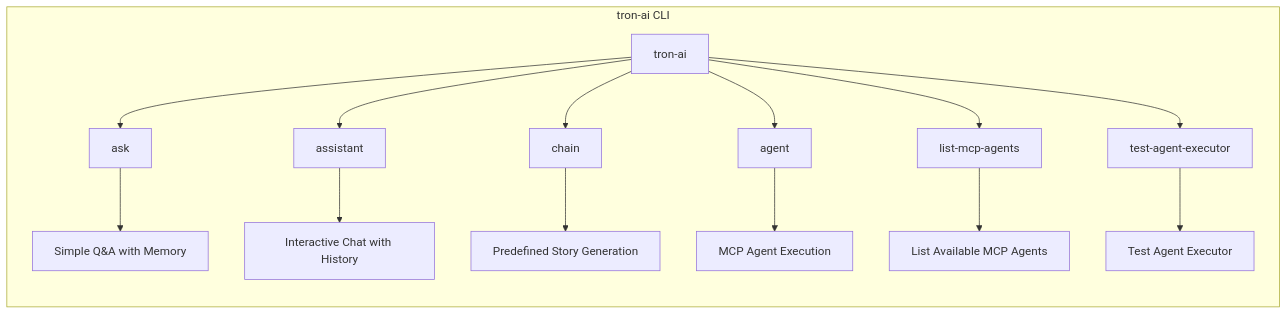
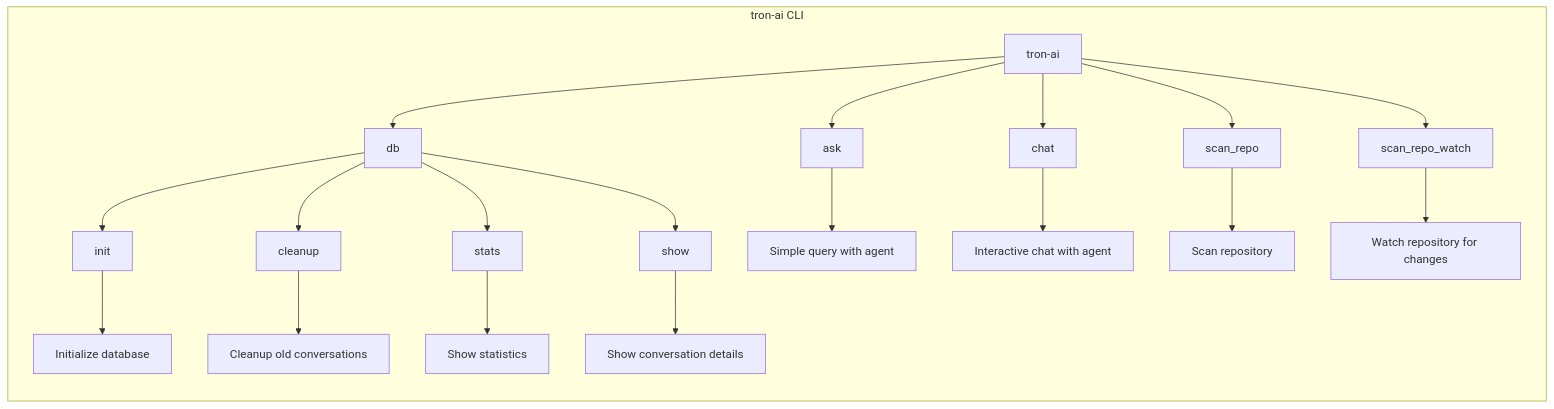
The second of 4 diagrams in docs/cli-guide.md (Bioto/tron-ai), drawn with Mermaid before and after one commit. The commit also changed other lines of this file and 6 other files, not shown here.

````diff
--- a/docs/cli-guide.md
+++ b/docs/cli-guide.md
@@ -88,19 +95,25 @@
 ```mermaid
 graph LR
     subgraph "tron-ai CLI"
         CLI[tron-ai]
         CLI --> ASK[ask]
-        CLI --> ASST[assistant]
-        CLI --> CHAIN[chain]
-        CLI --> AGENT[agent]
-        CLI --> LIST[list-mcp-agents]
-        CLI --> TEST[test-agent-executor]
+        CLI --> CHAT[chat]
+        CLI --> SCAN[scan_repo]
+        CLI --> WATCH[scan_repo_watch]
+        CLI --> DB[db]
         
-        ASK --> ASKDESC[Simple Q&A with Memory]
-        ASST --> ASSTDESC[Interactive Chat with History]
-        CHAIN --> CHAINDESC[Predefined Story Generation]
-        AGENT --> AGENTDESC[MCP Agent Execution]
-        LIST --> LISTDESC[List Available MCP Agents]
-        TEST --> TESTDESC[Test Agent Executor]
+        DB --> DBINIT[init]
+        DB --> DBCLEAN[cleanup]
+        DB --> DBSTATS[stats]
+        DB --> DBSHOW[show]
+        
+        ASK --> ASKDESC[Simple query with agent]
+        CHAT --> CHATDESC[Interactive chat with agent]
+        SCAN --> SCANDESC[Scan repository]
+        WATCH --> WATCHDESC[Watch repository for changes]
+        DBINIT --> INITDESC[Initialize database]
+        DBCLEAN --> CLEANDESC[Cleanup old conversations]
+        DBSTATS --> STATSDESC[Show statistics]
+        DBSHOW --> SHOWDESC[Show conversation details]
     end
 ```
````
